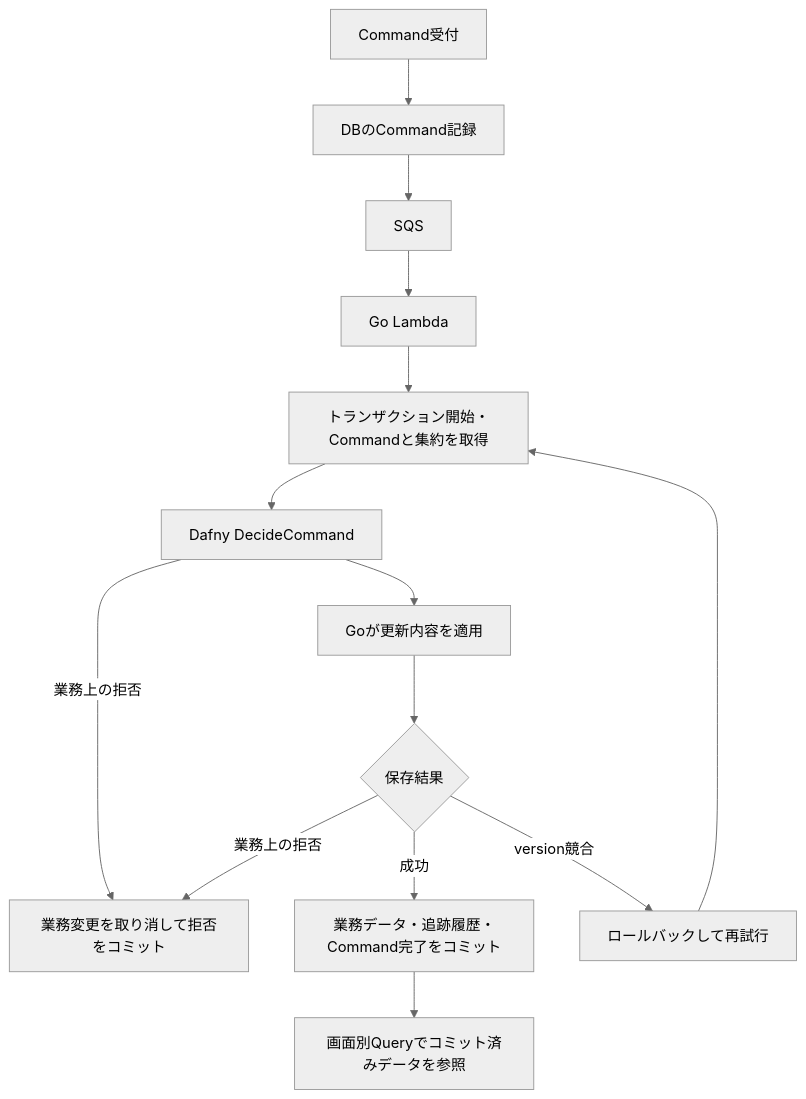
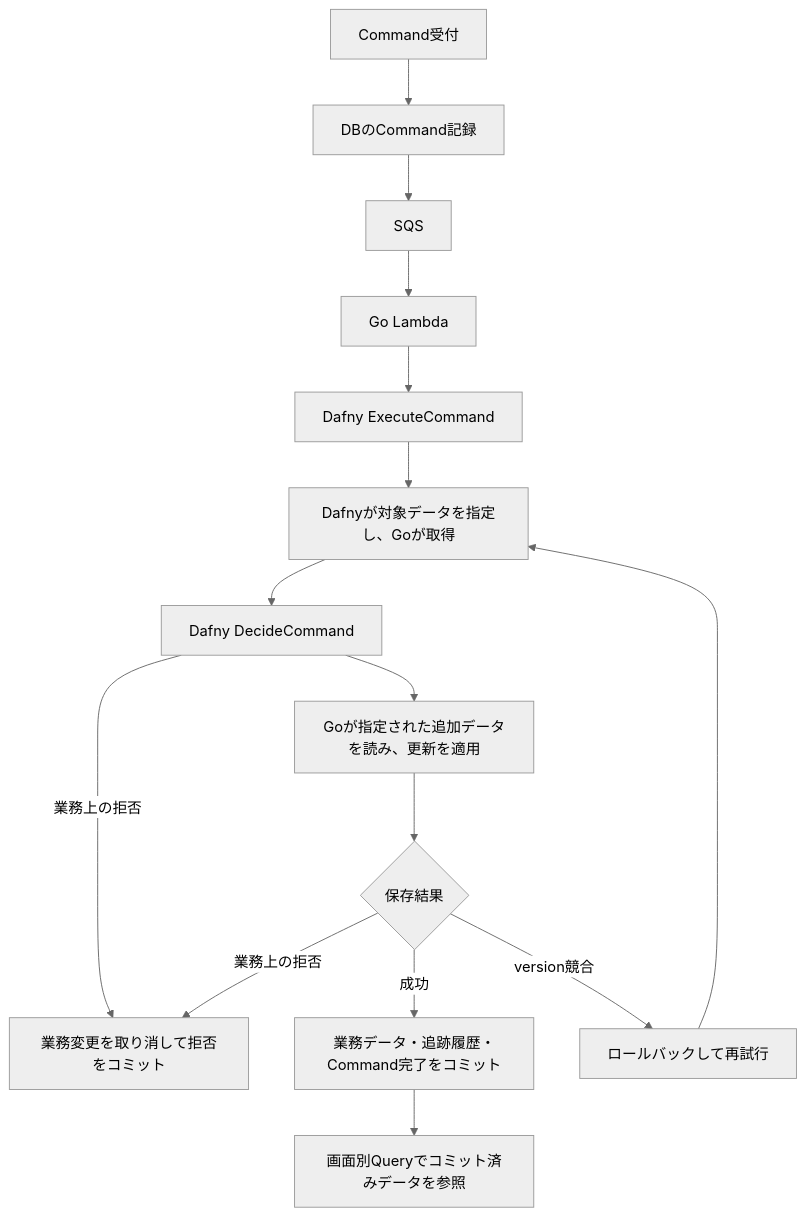
One commit to t-kuni/ddd-formal-example changed the second of 2 diagrams in docs/workflow.md. Above: the diagram before and after it, drawn with Mermaid (neutral theme). The commit also changed other lines of this file and 11 other files, not shown here.

````diff
--- a/docs/workflow.md
+++ b/docs/workflow.md
@@ -88,16 +88,17 @@
 ```mermaid
 flowchart TB
  C["Command受付"] --> Q["DBのCommand記録"]
  Q --> S["SQS"]
  S --> L["Go Lambda"]
- L --> D["トランザクション開始・Commandと集約を取得"]
- D --> E["Dafny DecideCommand"]
- E --> F["Goが更新内容を適用"]
- E -->|業務上の拒否| J["業務変更を取り消して拒否をコミット"]
+ L --> E["Dafny ExecuteCommand"]
+ E --> D["Dafnyが対象データを指定し、Goが取得"]
+ D --> CPlan["Dafny DecideCommand"]
+ CPlan --> F["Goが指定された追加データを読み、更新を適用"]
+ CPlan -->|業務上の拒否| J["業務変更を取り消して拒否をコミット"]
  F --> V{"保存結果"}
  V -->|成功| T["業務データ・追跡履歴・Command完了をコミット"]
  V -->|version競合| R["ロールバックして再試行"]
  R --> D
  V -->|業務上の拒否| J
  T --> P["画面別Queryでコミット済みデータを参照"]
 ```
````
